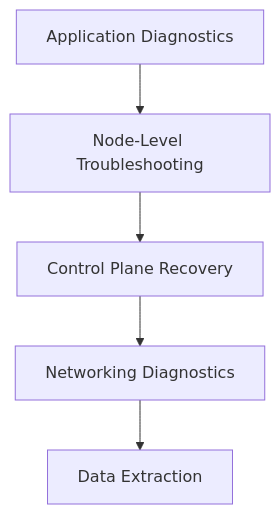
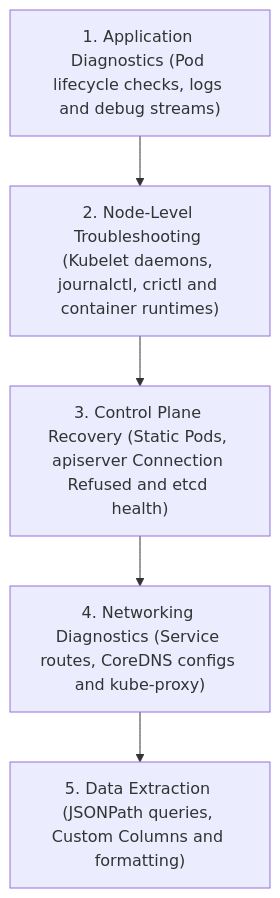
The first of 2 diagrams in Reference Notes/12_troubleshooting_and_diagnostics.md (kmashour/BrainDump), drawn with Mermaid before and after one commit. The commit also changed 15 other files, not shown here.

Commit message:
docs: restore detailed informative mermaid diagrams replacing ampersands with 'and'

````diff
--- a/Reference Notes/12_troubleshooting_and_diagnostics.md
+++ b/Reference Notes/12_troubleshooting_and_diagnostics.md
@@ -11,7 +11,7 @@
 ```mermaid
 graph TD
-    A["Application Diagnostics"] --> B["Node-Level Troubleshooting"]
-    B --> C["Control Plane Recovery"]
-    C --> D["Networking Diagnostics"]
-    D --> E["Data Extraction"]
+    A["1. Application Diagnostics (Pod lifecycle checks, logs and debug streams)"] --> B["2. Node-Level Troubleshooting (Kubelet daemons, journalctl, crictl and container runtimes)"]
+    B --> C["3. Control Plane Recovery (Static Pods, apiserver Connection Refused and etcd health)"]
+    C --> D["4. Networking Diagnostics (Service routes, CoreDNS configs and kube-proxy)"]
+    D --> E["5. Data Extraction (JSONPath queries, Custom Columns and formatting)"]
 ```
````
